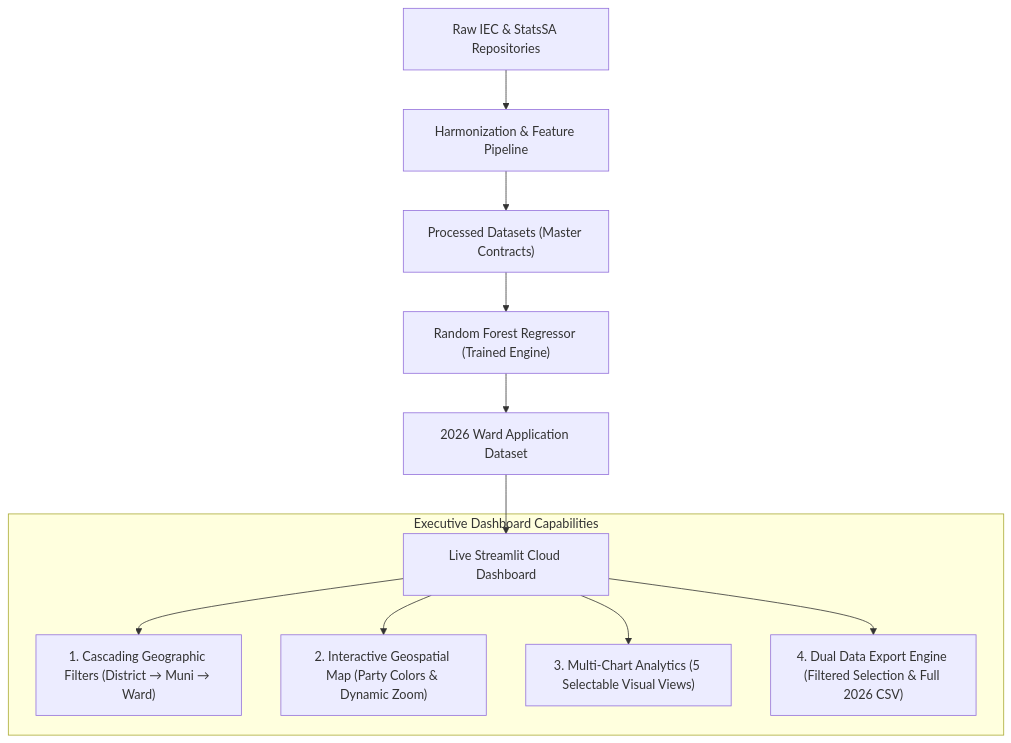
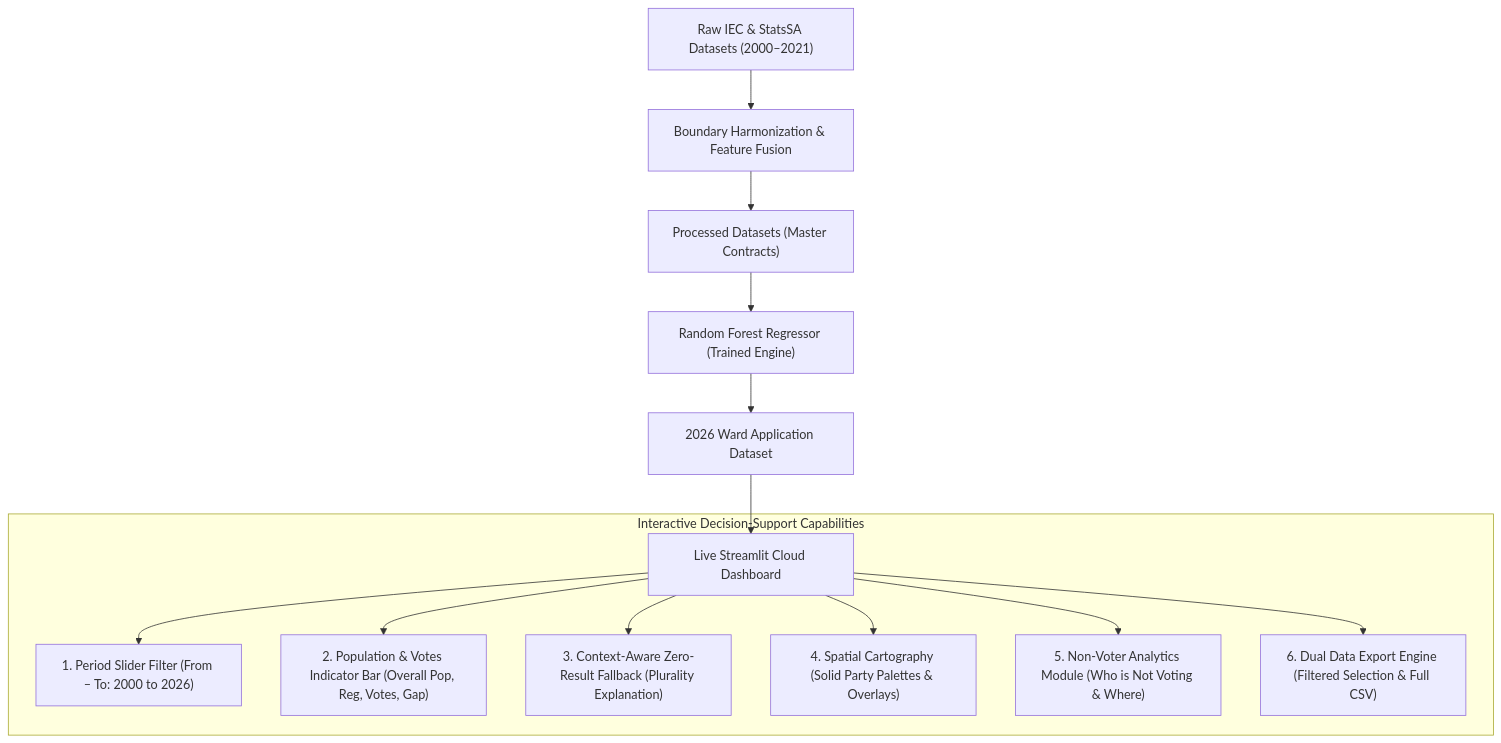
The diagram in Technical Document Specification/README.md (SiyaJNdzobs/SPU-TEAM-DIRISA), drawn with Mermaid before and after one commit. The commit also changed other lines of this file and 6 other files, not shown here.

````diff
--- a/Technical Document Specification/README.md
+++ b/Technical Document Specification/README.md
@@ -84,15 +101,17 @@
 ```mermaid
 flowchart TD
-    A["Raw IEC & StatsSA Repositories"] --> B["Harmonization & Feature Pipeline"]
+    A["Raw IEC & StatsSA Datasets (2000–2021)"] --> B["Boundary Harmonization & Feature Fusion"]
     B --> C["Processed Datasets (Master Contracts)"]
     C --> D["Random Forest Regressor (Trained Engine)"]
     D --> E["2026 Ward Application Dataset"]
     E --> F["Live Streamlit Cloud Dashboard"]
     
-    subgraph DashboardInterface ["Executive Dashboard Capabilities"]
-        F --> G["1. Cascading Geographic Filters (District → Muni → Ward)"]
-        F --> H["2. Interactive Geospatial Map (Party Colors & Dynamic Zoom)"]
-        F --> I["3. Multi-Chart Analytics (5 Selectable Visual Views)"]
-        F --> J["4. Dual Data Export Engine (Filtered Selection & Full 2026 CSV)"]
+    subgraph DashboardEngine ["Interactive Decision-Support Capabilities"]
+        F --> G["1. Period Slider Filter (From – To: 2000 to 2026)"]
+        F --> H["2. Population & Votes Indicator Bar (Overall Pop, Reg, Votes, Gap)"]
+        F --> I["3. Context-Aware Zero-Result Fallback (Plurality Explanation)"]
+        F --> J["4. Spatial Cartography (Solid Party Palettes & Overlays)"]
+        F --> K["5. Non-Voter Analytics Module (Who is Not Voting & Where)"]
+        F --> L["6. Dual Data Export Engine (Filtered Selection & Full CSV)"]
     end
 ```
````
